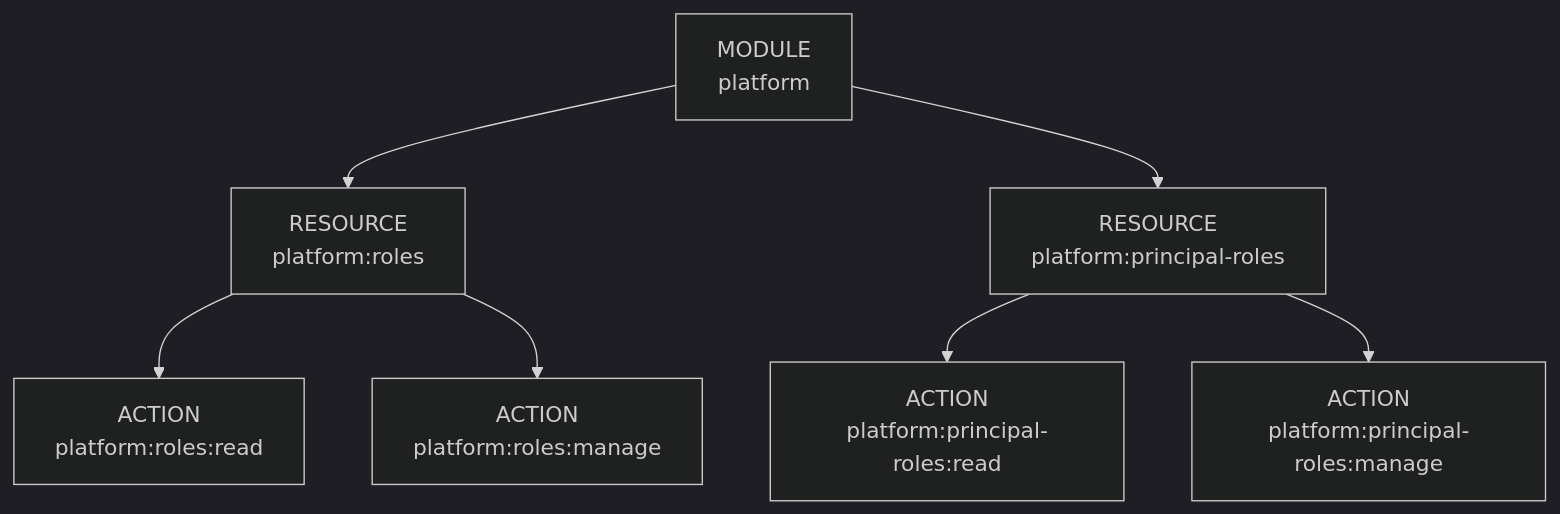
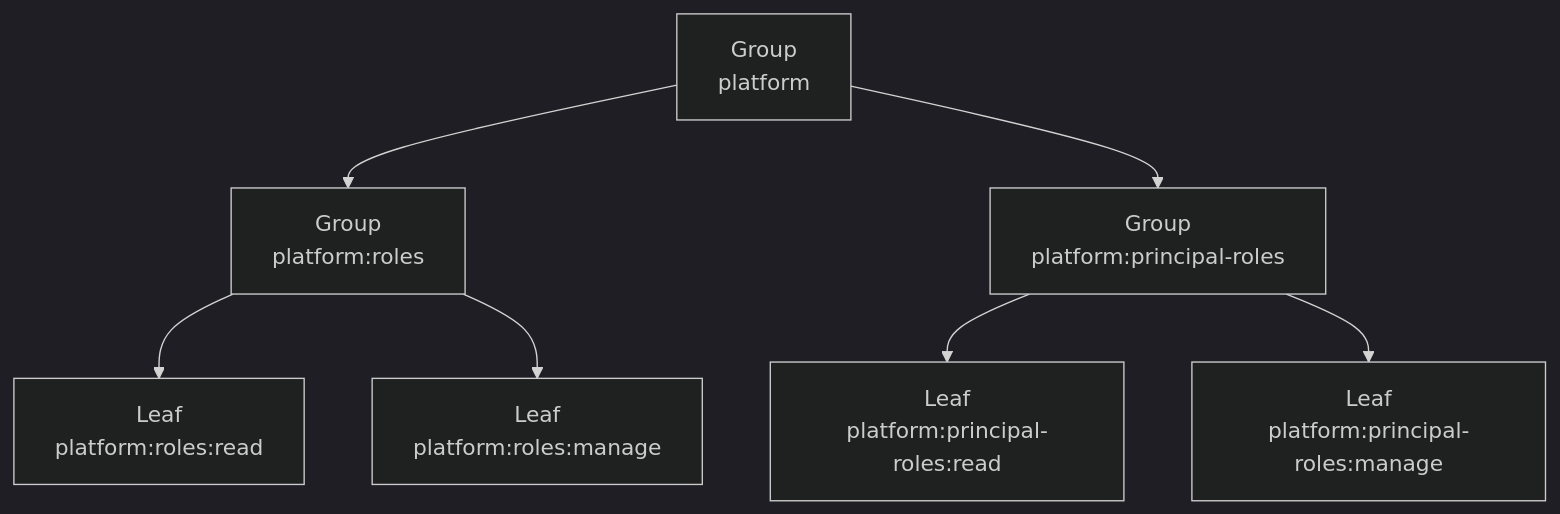
The third of 4 diagrams in docs/capabilities/identity-access/authorization.md (SH-XiaoXiu/sca4d-j), drawn with Mermaid (dark theme) before and after one commit. The commit also changed other lines of this file and 153 other files, not shown here.

````diff
--- a/docs/capabilities/identity-access/authorization.md
+++ b/docs/capabilities/identity-access/authorization.md
@@ -92,14 +92,14 @@
 ```mermaid
 flowchart TD
-    Module[MODULE<br/>platform]
-    ResourceA[RESOURCE<br/>platform:roles]
-    ResourceB[RESOURCE<br/>platform:principal-roles]
-    Read[ACTION<br/>platform:roles:read]
-    Manage[ACTION<br/>platform:roles:manage]
-    PrincipalRead[ACTION<br/>platform:principal-roles:read]
-    PrincipalManage[ACTION<br/>platform:principal-roles:manage]
-    Module --> ResourceA --> Read
-    ResourceA --> Manage
-    Module --> ResourceB --> PrincipalRead
-    ResourceB --> PrincipalManage
+    Root[Group<br/>platform]
+    GroupA[Group<br/>platform:roles]
+    GroupB[Group<br/>platform:principal-roles]
+    Read[Leaf<br/>platform:roles:read]
+    Manage[Leaf<br/>platform:roles:manage]
+    PrincipalRead[Leaf<br/>platform:principal-roles:read]
+    PrincipalManage[Leaf<br/>platform:principal-roles:manage]
+    Root --> GroupA --> Read
+    GroupA --> Manage
+    Root --> GroupB --> PrincipalRead
+    GroupB --> PrincipalManage
 ```
````
